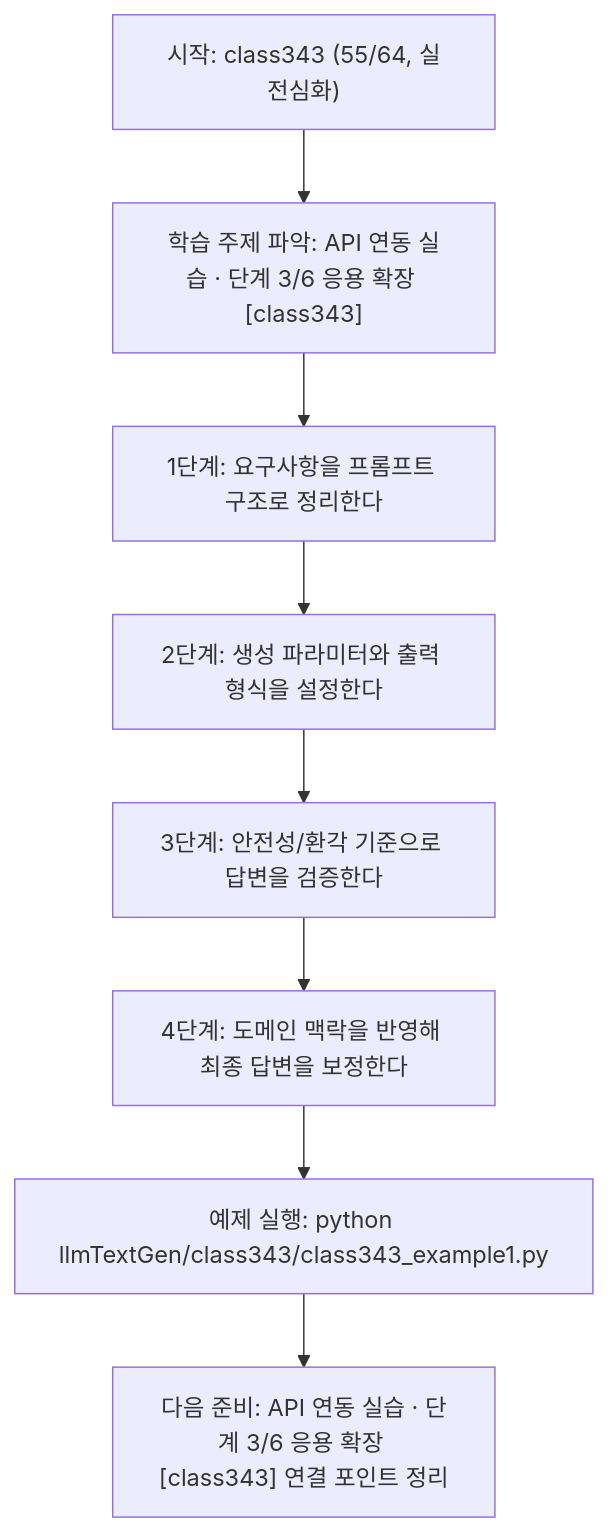
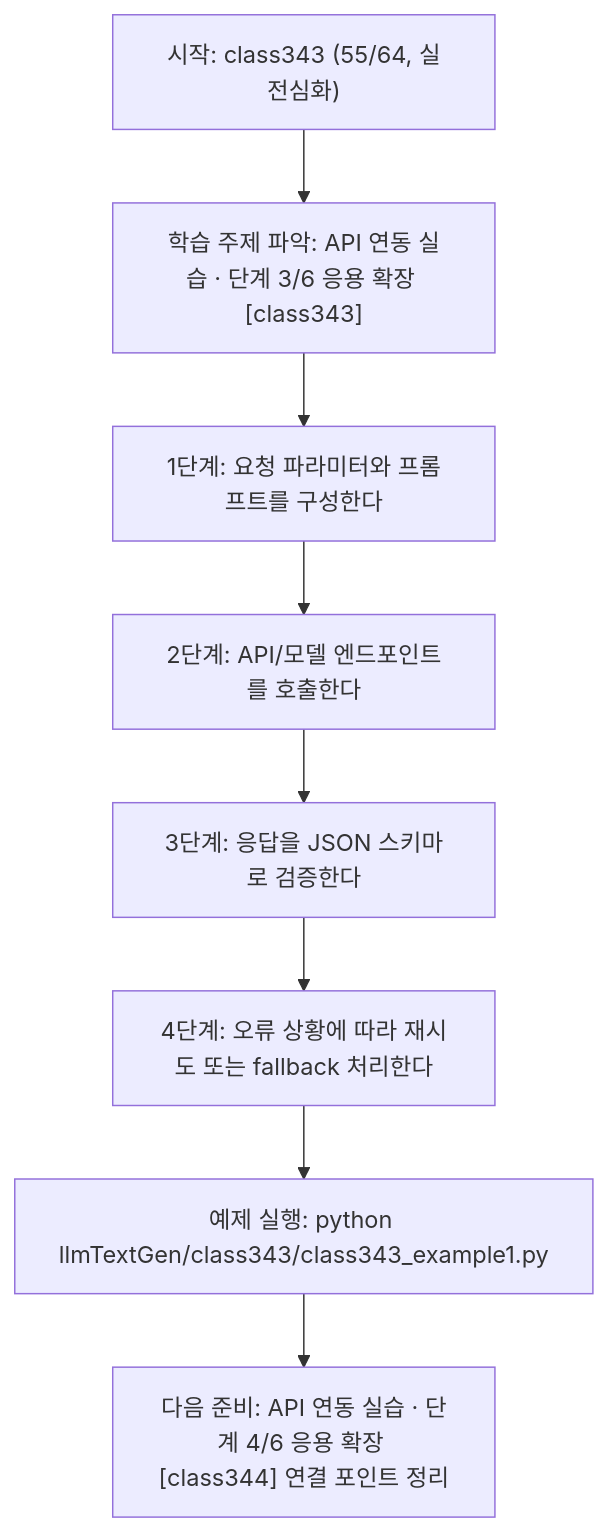
The diagram in llmTextGen/class343/class343.md (edumgt/Python-AI_Agent-Class), drawn with Mermaid before and after one commit. The commit also changed other lines of this file and 451 other files, not shown here.

````diff
--- a/llmTextGen/class343/class343.md
+++ b/llmTextGen/class343/class343.md
@@ -114,18 +95,18 @@
 ```mermaid
 flowchart TD
 N1["시작: class343 (55/64, 실전심화)"]
 N2["학습 주제 파악: API 연동 실습 · 단계 3/6 응용 확장 [class343]"]
-N3["1단계: 요구사항을 프롬프트 구조로 정리한다"]
-N4["2단계: 생성 파라미터와 출력 형식을 설정한다"]
-N5["3단계: 안전성/환각 기준으로 답변을 검증한다"]
-N6["4단계: 도메인 맥락을 반영해 최종 답변을 보정한다"]
+N3["1단계: 요청 파라미터와 프롬프트를 구성한다"]
+N4["2단계: API/모델 엔드포인트를 호출한다"]
+N5["3단계: 응답을 JSON 스키마로 검증한다"]
+N6["4단계: 오류 상황에 따라 재시도 또는 fallback 처리한다"]
 N7["예제 실행: python llmTextGen/class343/class343_example1.py"]
-N8["다음 준비: API 연동 실습 · 단계 3/6 응용 확장 [class343] 연결 포인트 정리"]
+N8["다음 준비: API 연동 실습 · 단계 4/6 응용 확장 [class344] 연결 포인트 정리"]
 N1 --> N2
 N2 --> N3
 N3 --> N4
 N4 --> N5
 N5 --> N6
 N6 --> N7
 N7 --> N8
 ```
````
